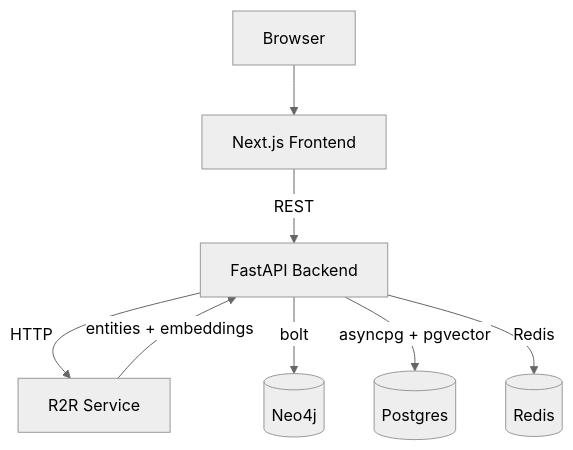
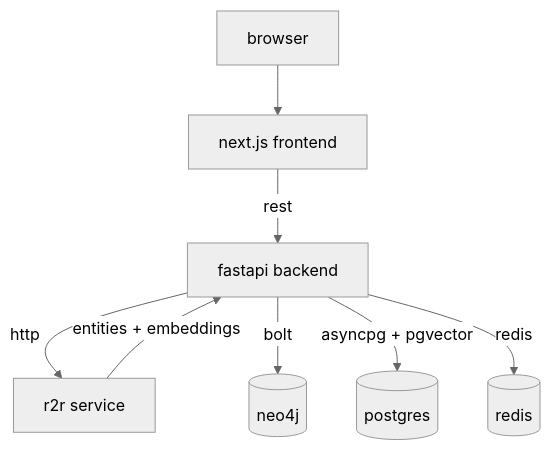
One commit to liamellison02/graphaura changed the first of 2 diagrams in README.md. Above: the diagram before and after it, drawn with Mermaid (neutral theme). The commit also changed other lines of this file, not shown here.

````diff
--- a/README.md
+++ b/README.md
@@ -19,10 +21,10 @@
 ```mermaid
 graph TB
-  U[Browser] --> FE[Next.js Frontend]
-  FE -->|REST| BE[FastAPI Backend]
-  BE -->|HTTP| R2R[R2R Service]
-  BE -->|bolt| NEO[(Neo4j)]
-  BE -->|asyncpg + pgvector| PG[(Postgres)]
-  BE -->|Redis| REDIS[(Redis)]
-  R2R -->|entities + embeddings| BE
+  u[browser] --> fe[next.js frontend]
+  fe -->|rest| be[fastapi backend]
+  be -->|http| r2r[r2r service]
+  be -->|bolt| neo[(neo4j)]
+  be -->|asyncpg + pgvector| pg[(postgres)]
+  be -->|redis| redis[(redis)]
+  r2r -->|entities + embeddings| be
 ```
````
